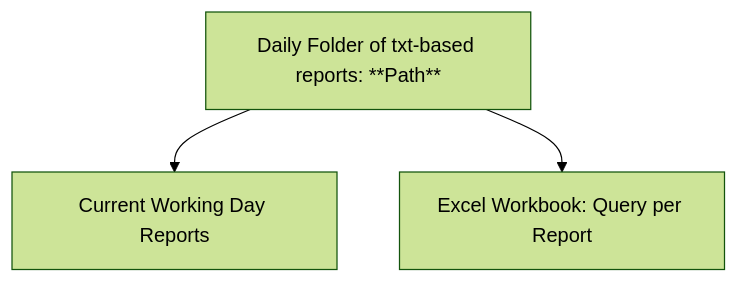
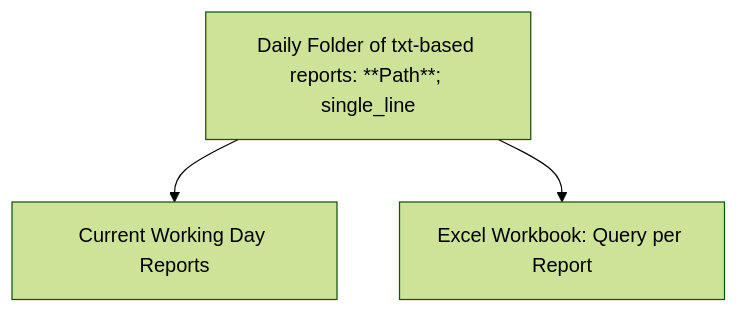
Before and after one commit to Eddie-Zhu-IRL/banking-report-etl-powerquery: the diagram in README.md, drawn with Mermaid (forest theme).

````diff
--- a/README.md
+++ b/README.md
@@ -60,6 +60,6 @@
 ```mermaid
 graph TD;
-A[Daily Folder of txt-based reports: **Path**] --> B[Current Working Day Reports];
-A[Daily Folder of txt-based reports: **Path**] --> C[Excel Workbook: Query per Report];
+A[Daily Folder of txt-based reports: **Path**; single-line] --> B[Current Working Day Reports];
+A[Daily Folder of txt-based reports: **Path**; single_line] --> C[Excel Workbook: Query per Report];
 
 ```
````
